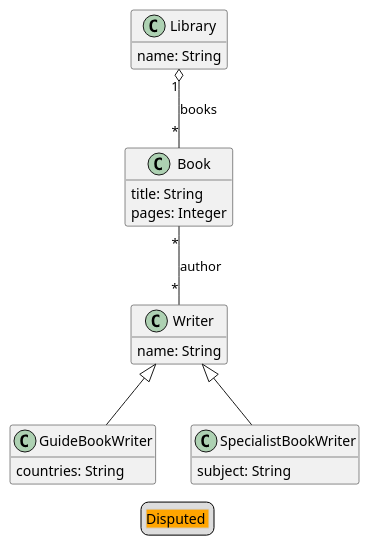
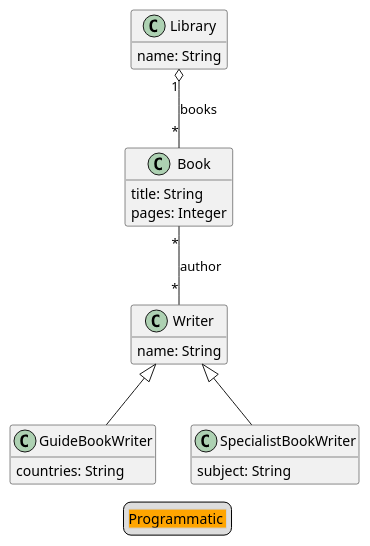
The diagram in diagrams/library-gen.puml (LionWeb-io/lionweb-typescript), drawn with PlantUML before and after one commit. The commit also changed 10 other files, not shown here.

```diff
--- a/diagrams/library-gen.puml
+++ b/diagrams/library-gen.puml
@@ -1,41 +1,41 @@
 @startuml
 hide empty members
 
 ' qualified name: "library"
 
 
 class Book {
   title: String
   pages: Integer
 }
 
 class GuideBookWriter extends Writer {
   countries: String
 }
 
 class Library {
   name: String
 }
 
 class SpecialistBookWriter extends Writer {
   subject: String
 }
 
 class Writer {
   name: String
 }
 
 
 
 ' relations:
 
 Book "*" -- "*" Writer: author
 
 Library "1" o-- "*" Book: books
 
 
 
 legend
-  <#LightGray,#LightGray>| <#Orange>Disputed |
+  <#LightGray,#LightGray>| <#Orange>Programmatic |
 end legend
 @enduml
```
